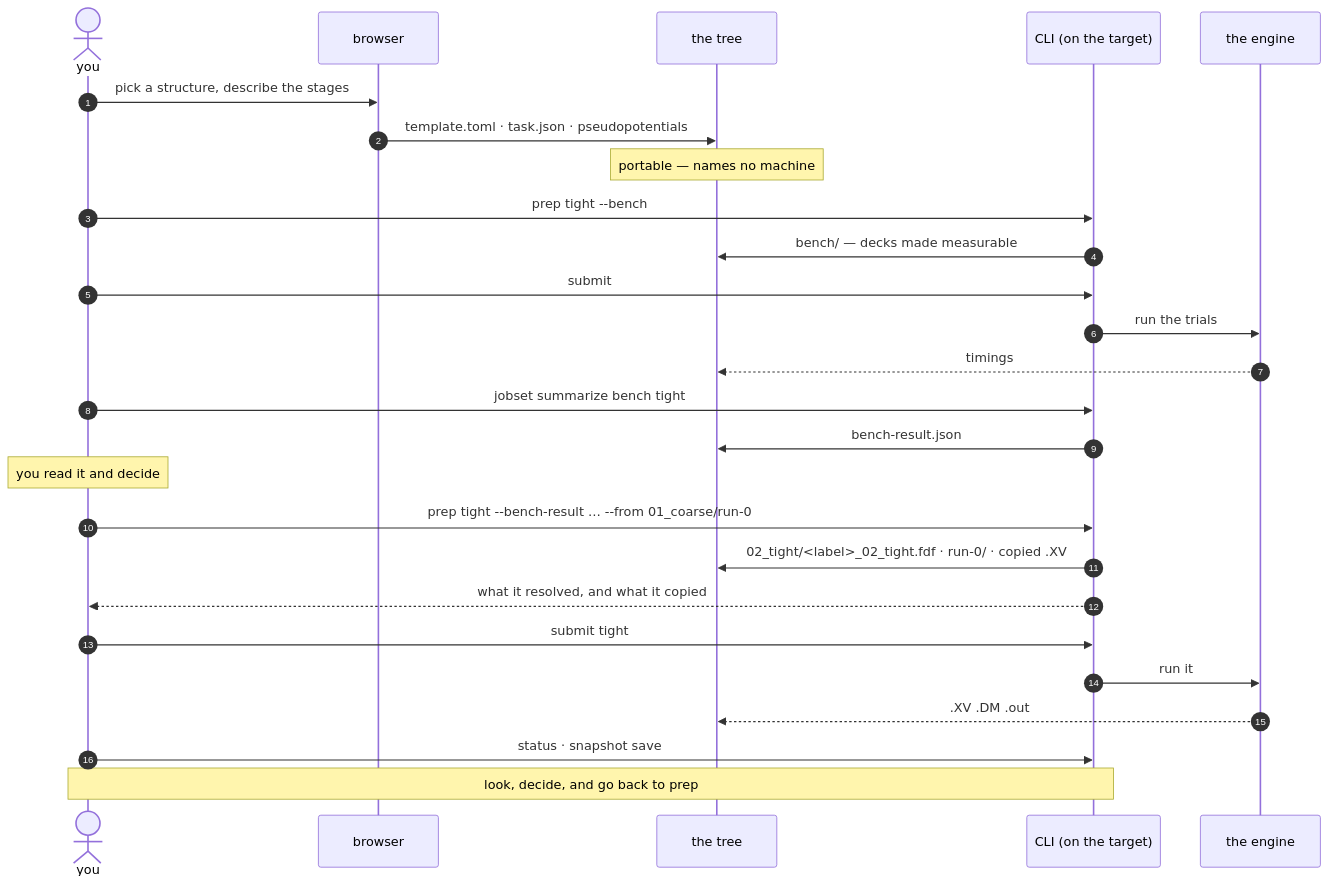
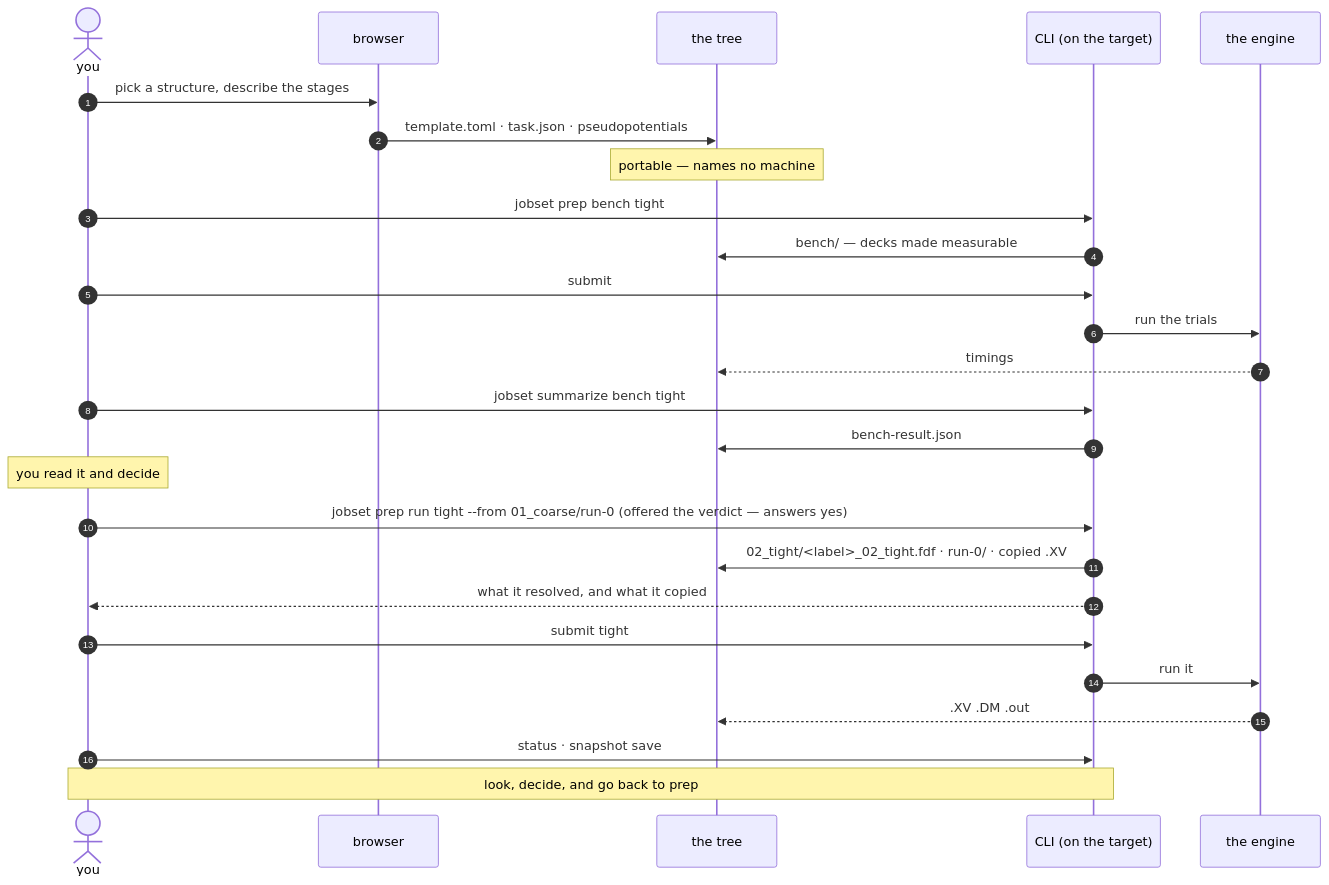
One commit to Qing-LAB/molbuilder changed the tenth of 11 diagrams in docs/execution/project-layout.md. Above: the diagram before and after it, drawn with Mermaid. The commit also changed other lines of this file and 3 other files, not shown here.

````diff
--- a/docs/execution/project-layout.md
+++ b/docs/execution/project-layout.md
@@ -1086,33 +1086,33 @@
 ```mermaid
 sequenceDiagram
     autonumber
     actor U as you
     participant B as browser
     participant T as the tree
     participant C as CLI (on the target)
     participant E as the engine
 
     U->>B: pick a structure, describe the stages
     B->>T: template.toml · task.json · pseudopotentials
     Note over T: portable — names no machine
 
-    U->>C: prep tight --bench
+    U->>C: jobset prep bench tight
     C->>T: bench/ — decks made measurable
     U->>C: submit
     C->>E: run the trials
     E-->>T: timings
     U->>C: jobset summarize bench tight
     C->>T: bench-result.json
 
     Note over U: you read it and decide
 
-    U->>C: prep tight --bench-result … --from 01_coarse/run-0
+    U->>C: jobset prep run tight --from 01_coarse/run-0 (offered the verdict — answers yes)
     C->>T: 02_tight/<label>_02_tight.fdf · run-0/ · copied .XV
     C-->>U: what it resolved, and what it copied
     U->>C: submit tight
     C->>E: run it
     E-->>T: .XV .DM .out
 
     U->>C: status · snapshot save
     Note over U,C: look, decide, and go back to prep
 ```
````
